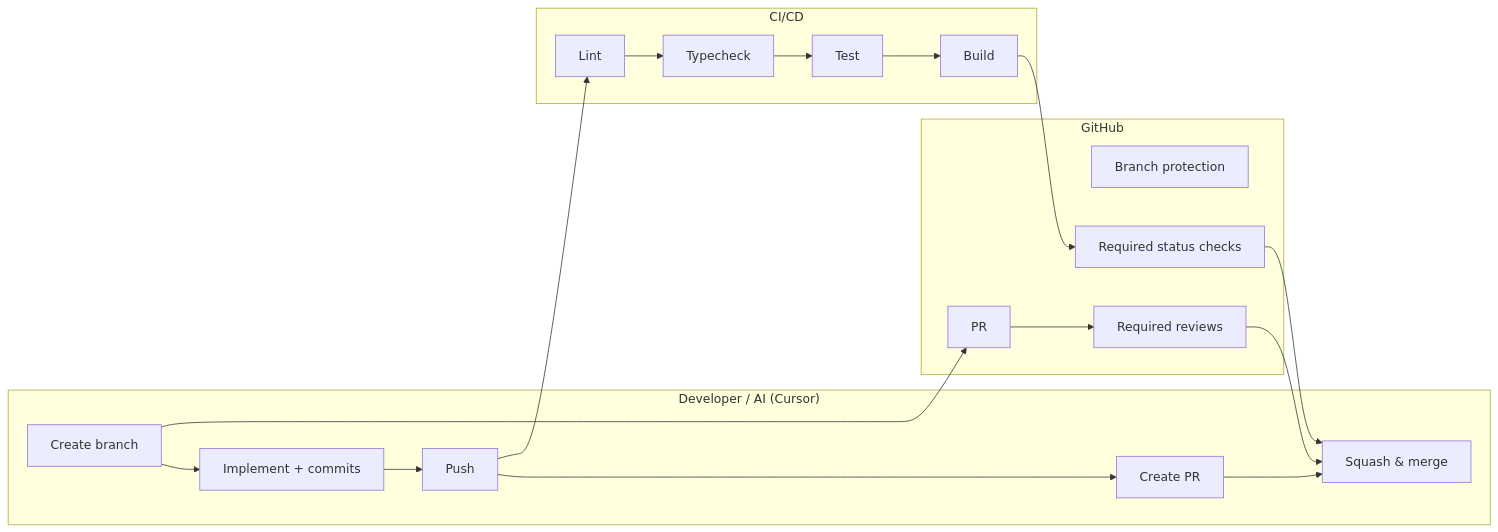
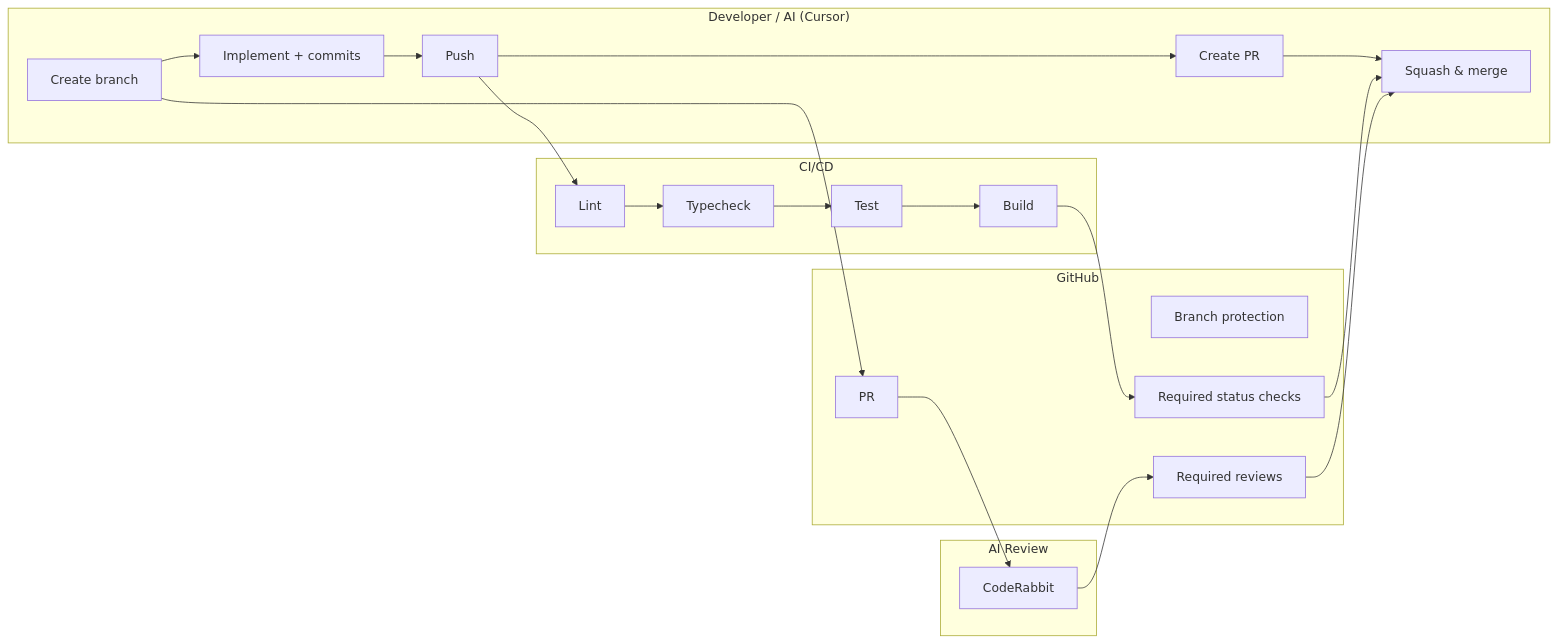
Before and after one commit to neo-ollie-deguzman/db-orm: the diagram in docs/code-repo-pr-process-research.md, drawn with Mermaid. The commit also changed other lines of this file and 14 other files, not shown here.

````diff
--- a/docs/code-repo-pr-process-research.md
+++ b/docs/code-repo-pr-process-research.md
@@ -79,31 +125,36 @@
 ```mermaid
 flowchart LR
   subgraph Dev["Developer / AI (Cursor)"]
     A[Create branch] --> B[Implement + commits]
     B --> C[Push]
     C --> D[Create PR]
     D --> E[Squash & merge]
   end
 
   subgraph Repo["GitHub"]
     F[Branch protection]
     G[Required status checks]
     H[Required reviews]
     I[PR]
   end
 
   subgraph CI["CI/CD"]
     J[Lint]
     K[Typecheck]
     L[Test]
     M[Build]
   end
 
+  subgraph AIReview["AI Review"]
+    CR[CodeRabbit]
+  end
+
   A --> I
   C --> J
   J --> K --> L --> M
   M --> G
-  I --> H
+  I --> CR
+  CR --> H
   G --> E
   H --> E
 ```
````
